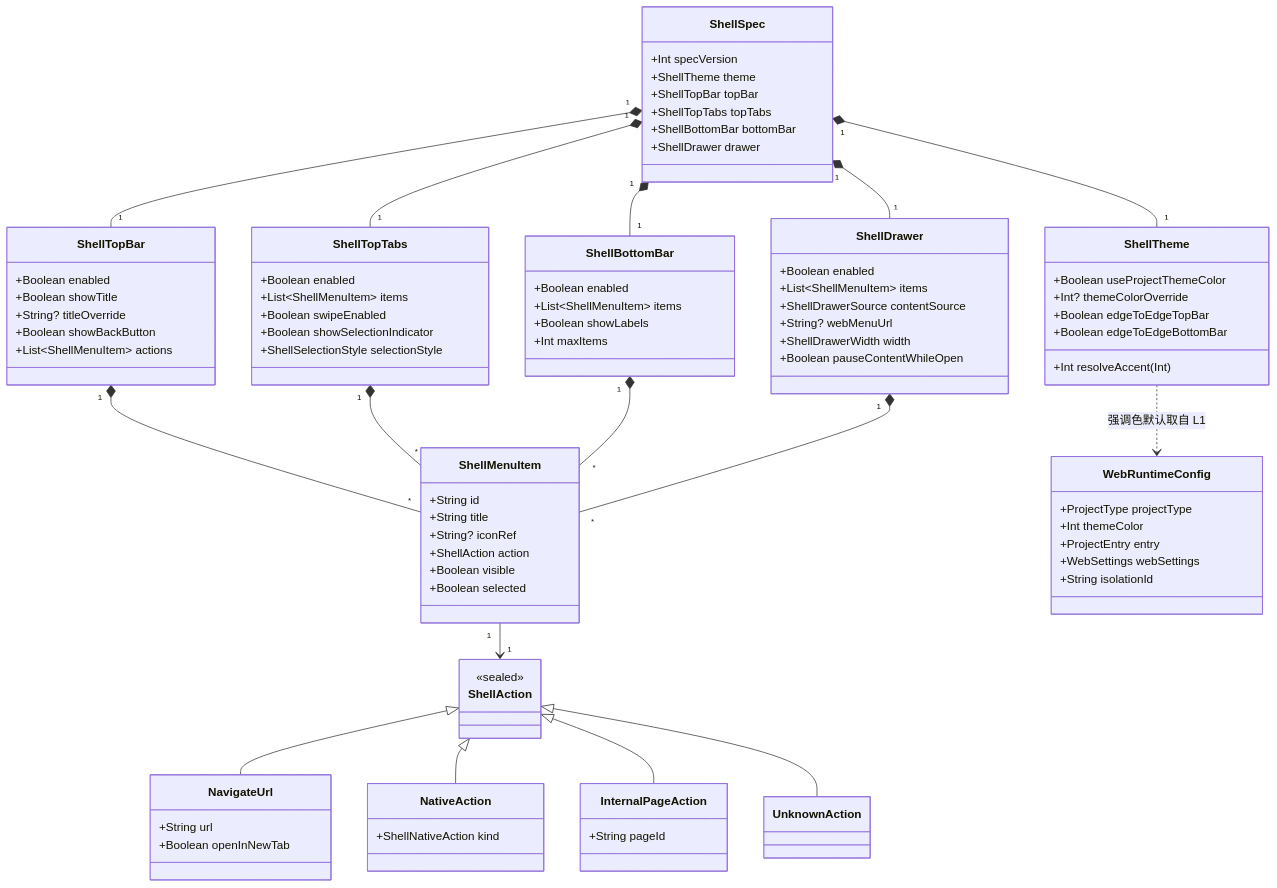
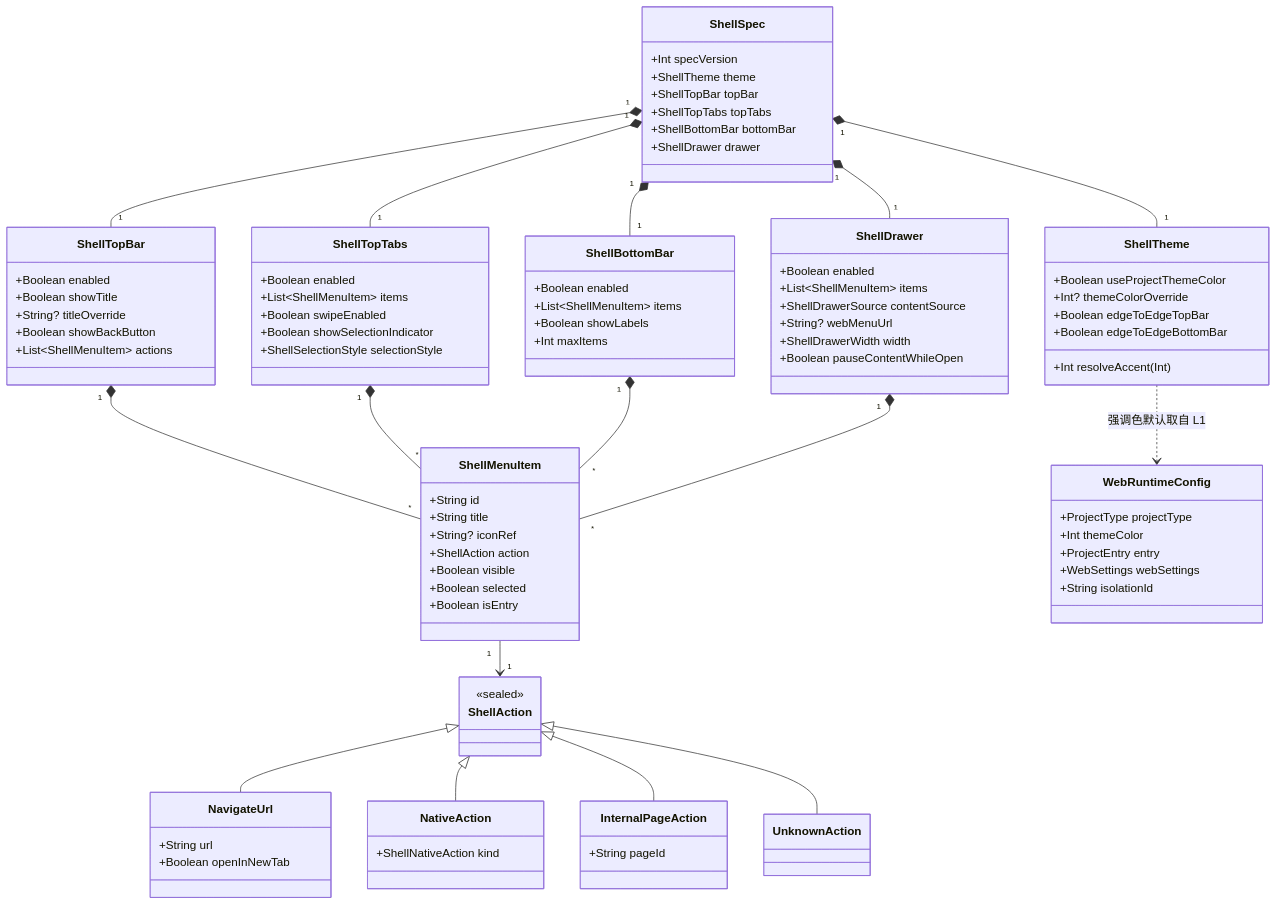
Before and after one commit to Lisir2002/Mini-MakeAPK: the first of 2 diagrams in docs/design/shell-spec-design.md, drawn with Mermaid. The commit also changed other lines of this file and 44 other files, not shown here.

```diff
--- a/docs/design/shell-spec-design.md
+++ b/docs/design/shell-spec-design.md
@@ -465,6 +467,7 @@
         +ShellAction action
         +Boolean visible
         +Boolean selected
+        +Boolean isEntry
     }
     class ShellAction {
         <<sealed>>
```
